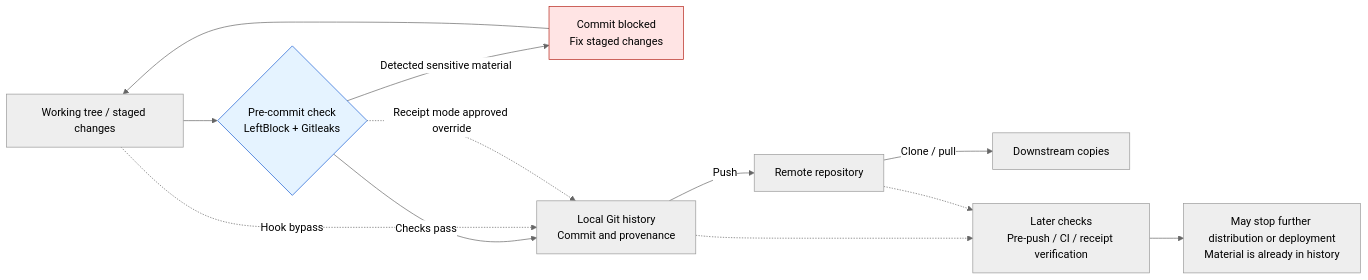
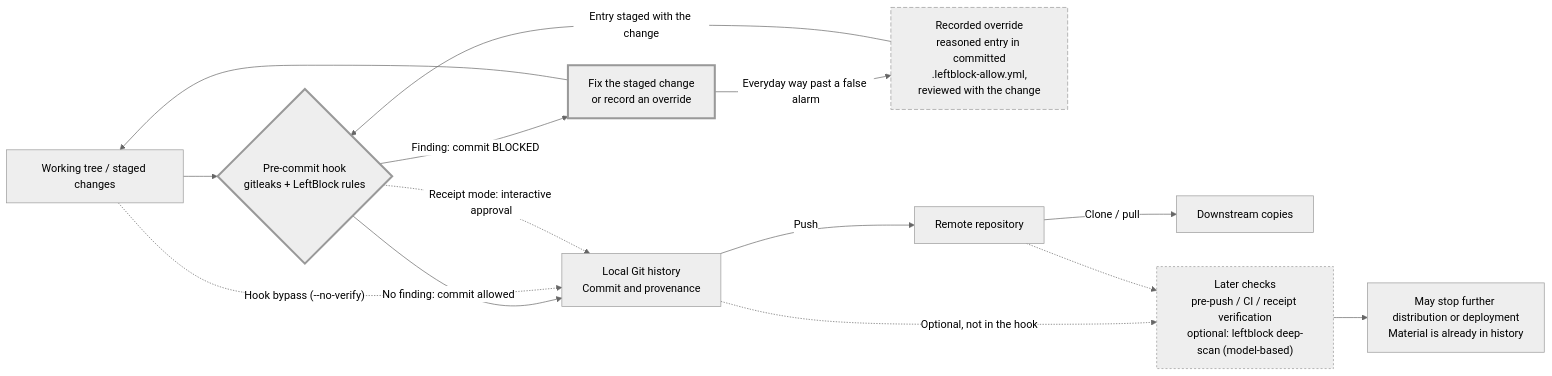
Before and after one commit to DataParade-io/LeftBlock: the first of 2 diagrams in README.md, drawn with Mermaid (neutral theme). The commit also changed other lines of this file and 3 other files, not shown here.

Commit message:
docs: diagram shows recorded overrides and the optional deep scan; drop donation wording; compare skips smoke samples

````diff
--- a/README.md
+++ b/README.md
@@ -7,17 +7,22 @@
 ```mermaid
 flowchart LR
-    Work["Working tree / staged changes"] --> Check{"Pre-commit check<br/>LeftBlock + Gitleaks"}
-    Check -->|Detected sensitive material| Block["Commit blocked<br/>Fix staged changes"]
+    Work["Working tree / staged changes"] --> Check{"Pre-commit hook<br/>gitleaks + LeftBlock rules"}
+    Check -->|"Finding: commit BLOCKED"| Block["Fix the staged change<br/>or record an override"]
     Block --> Work
-    Check -->|Checks pass| History["Local Git history<br/>Commit and provenance"]
+    Allow["Recorded override<br/>reasoned entry in committed<br/>.leftblock-allow.yml,<br/>reviewed with the change"]
+    Block -->|"Everyday way past a false alarm"| Allow
+    Allow -->|"Entry staged with the change"| Check
+    Check -->|"No finding: commit allowed"| History["Local Git history<br/>Commit and provenance"]
     History -->|Push| Remote["Remote repository"]
     Remote -->|Clone / pull| Copies["Downstream copies"]
-    Work -.->|Hook bypass| History
-    Check -.->|Receipt mode approved override| History
-    History -.-> Later["Later checks<br/>Pre-push / CI / receipt verification"]
+    Work -.->|"Hook bypass (--no-verify)"| History
+    Check -.->|"Receipt mode: interactive approval"| History
+    History -.->|"Optional, not in the hook"| Later["Later checks<br/>pre-push / CI / receipt verification<br/>optional: leftblock deep-scan (model-based)"]
     Remote -.-> Later
     Later --> Limit["May stop further distribution or deployment<br/>Material is already in history"]
 
-    style Block fill:#ffe4e4,stroke:#b42318
-    style Check fill:#e5f3ff,stroke:#175cd3
+    style Block stroke-width:3px
+    style Check stroke-width:3px
+    style Allow stroke-dasharray:6 3
+    style Later stroke-dasharray:3 3
 ```
````
